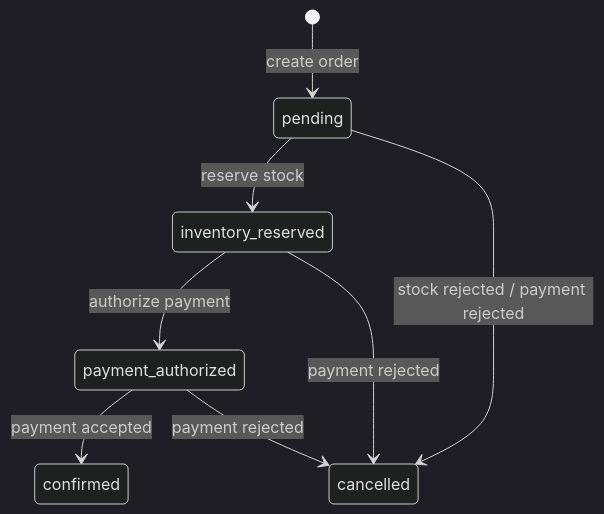
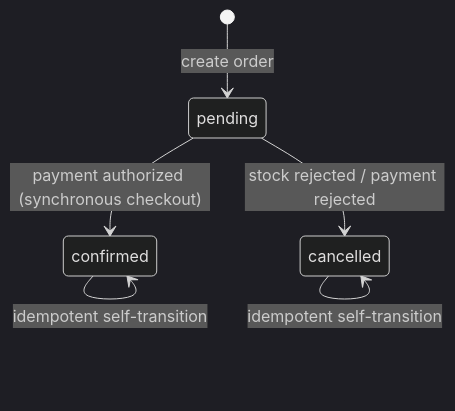
Before and after one commit to jonasotoaguilar/eventcommerce: the third of 3 diagrams in ARCHITECTURE.md, drawn with Mermaid (dark theme). The commit also changed other lines of this file and 9 other files, not shown here.

````diff
--- a/ARCHITECTURE.md
+++ b/ARCHITECTURE.md
@@ -248,10 +256,8 @@
 ```mermaid
 stateDiagram-v2
     [*] --> pending: create order
-    pending --> inventory_reserved: reserve stock
+    pending --> confirmed: payment authorized (synchronous checkout)
     pending --> cancelled: stock rejected / payment rejected
-    inventory_reserved --> payment_authorized: authorize payment
-    inventory_reserved --> cancelled: payment rejected
-    payment_authorized --> confirmed: payment accepted
-    payment_authorized --> cancelled: payment rejected
+    confirmed --> confirmed: idempotent self-transition
+    cancelled --> cancelled: idempotent self-transition
 ```
````
